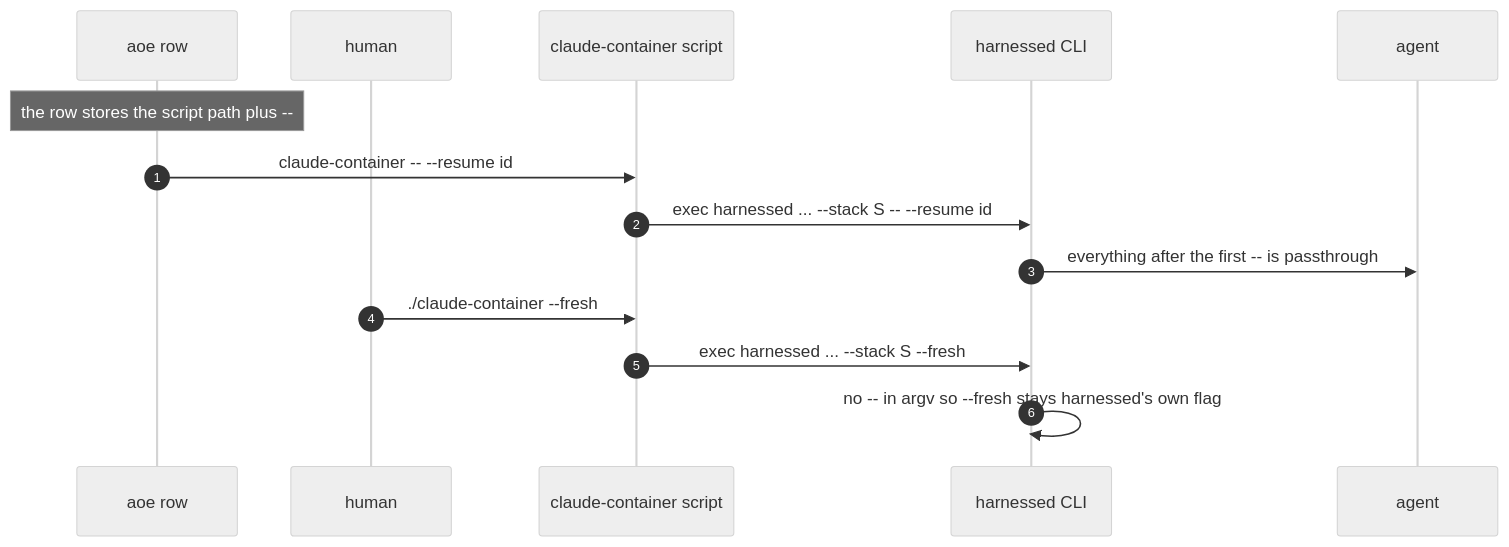
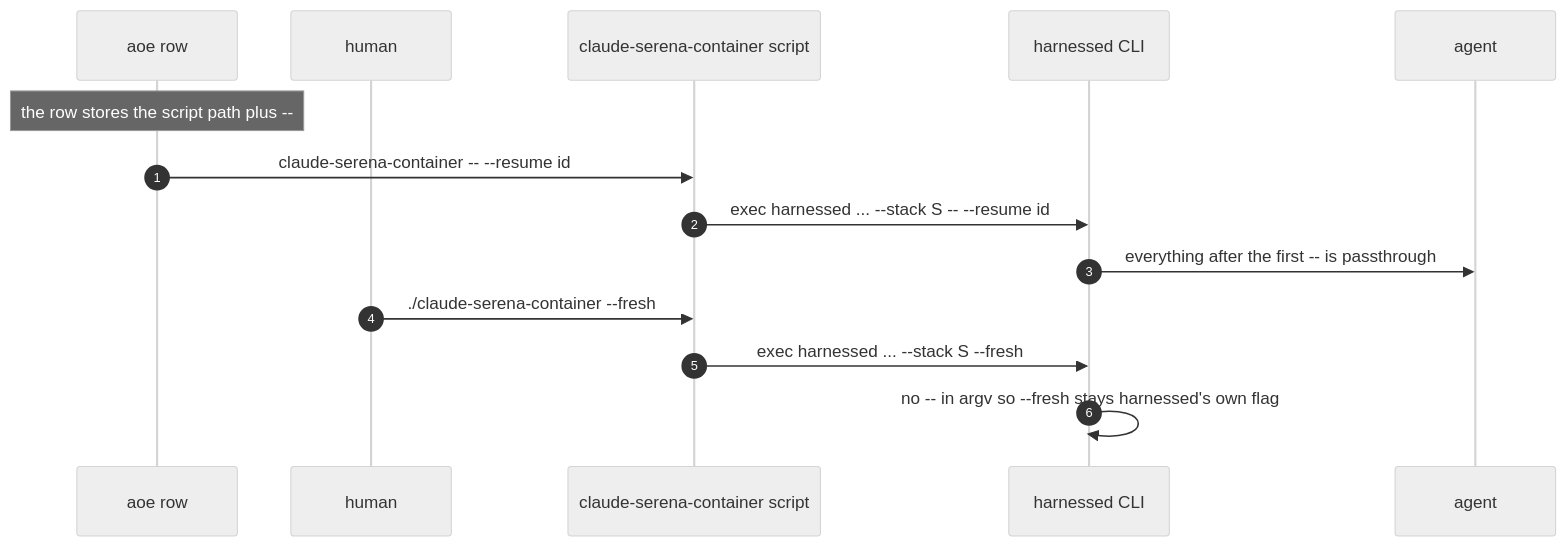
One commit to drmikecrowe/harnessed changed the third of 3 diagrams in openwiki/integrations/aoe-and-launch-scripts.md. Above: the diagram before and after it, drawn with Mermaid (neutral theme). The commit also changed other lines of this file and 52 other files, not shown here.

````diff
--- a/openwiki/integrations/aoe-and-launch-scripts.md
+++ b/openwiki/integrations/aoe-and-launch-scripts.md
@@ -379,18 +414,18 @@
 ```mermaid
 sequenceDiagram
     autonumber
     participant AOE as aoe row
     participant HUM as human
-    participant SCR as claude-container script
+    participant SCR as claude-serena-container script
     participant HRN as harnessed CLI
     participant AGT as agent
 
     Note over AOE: the row stores the script path plus --
-    AOE->>SCR: claude-container -- --resume id
+    AOE->>SCR: claude-serena-container -- --resume id
     SCR->>HRN: exec harnessed ... --stack S -- --resume id
     HRN->>AGT: everything after the first -- is passthrough
 
-    HUM->>SCR: ./claude-container --fresh
+    HUM->>SCR: ./claude-serena-container --fresh
     SCR->>HRN: exec harnessed ... --stack S --fresh
     HRN->>HRN: no -- in argv so --fresh stays harnessed's own flag
 ```
````
